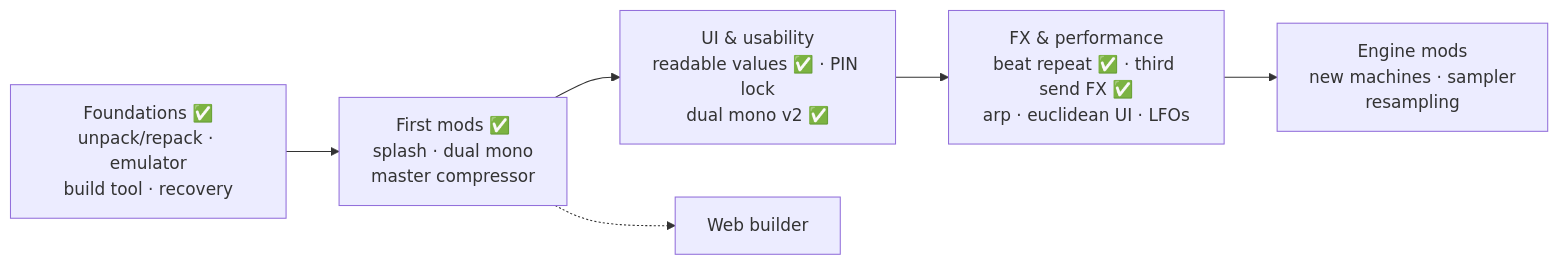
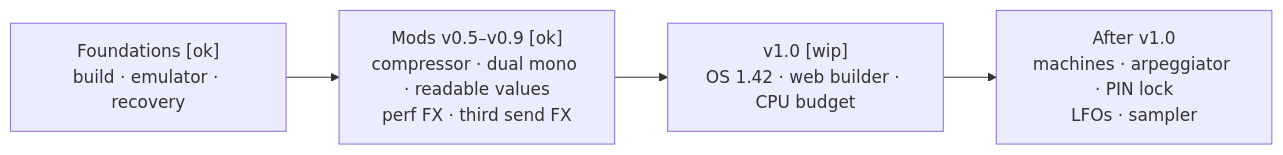
The diagram in README.md (Angelo-politek/Synthack-OS), drawn with Mermaid before and after one commit. The commit also changed other lines of this file and 40 other files, not shown here.

Commit message:
testi riscritti in stile chiaro e schematico (docs/writing-style.md): sito, documentazione, README, schede delle mod

````diff
--- a/README.md
+++ b/README.md
@@ -36,8 +42,6 @@
 ```mermaid
 flowchart LR
-  A["Foundations ✅<br/>unpack/repack · emulator<br/>build tool · recovery"] --> B["First mods ✅<br/>splash · dual mono<br/>master compressor"]
-  B --> C["UI & usability<br/>readable values ✅ · PIN lock<br/>dual mono v2 ✅"]
-  C --> D["FX & performance<br/>beat repeat ✅ · third send FX ✅<br/>arp · euclidean UI · LFOs"]
-  D --> E["Engine mods<br/>new machines · sampler<br/>resampling"]
-  B -.-> W["Web builder"]
+  A["Foundations [ok]<br/>build · emulator · recovery"] --> B["Mods v0.5–v0.9 [ok]<br/>compressor · dual mono · readable values<br/>perf FX · third send FX"]
+  B --> C["v1.0 [wip]<br/>OS 1.42 · web builder · CPU budget"]
+  C --> D["After v1.0<br/>machines · arpeggiator · PIN lock<br/>LFOs · sampler"]
 ```
````
